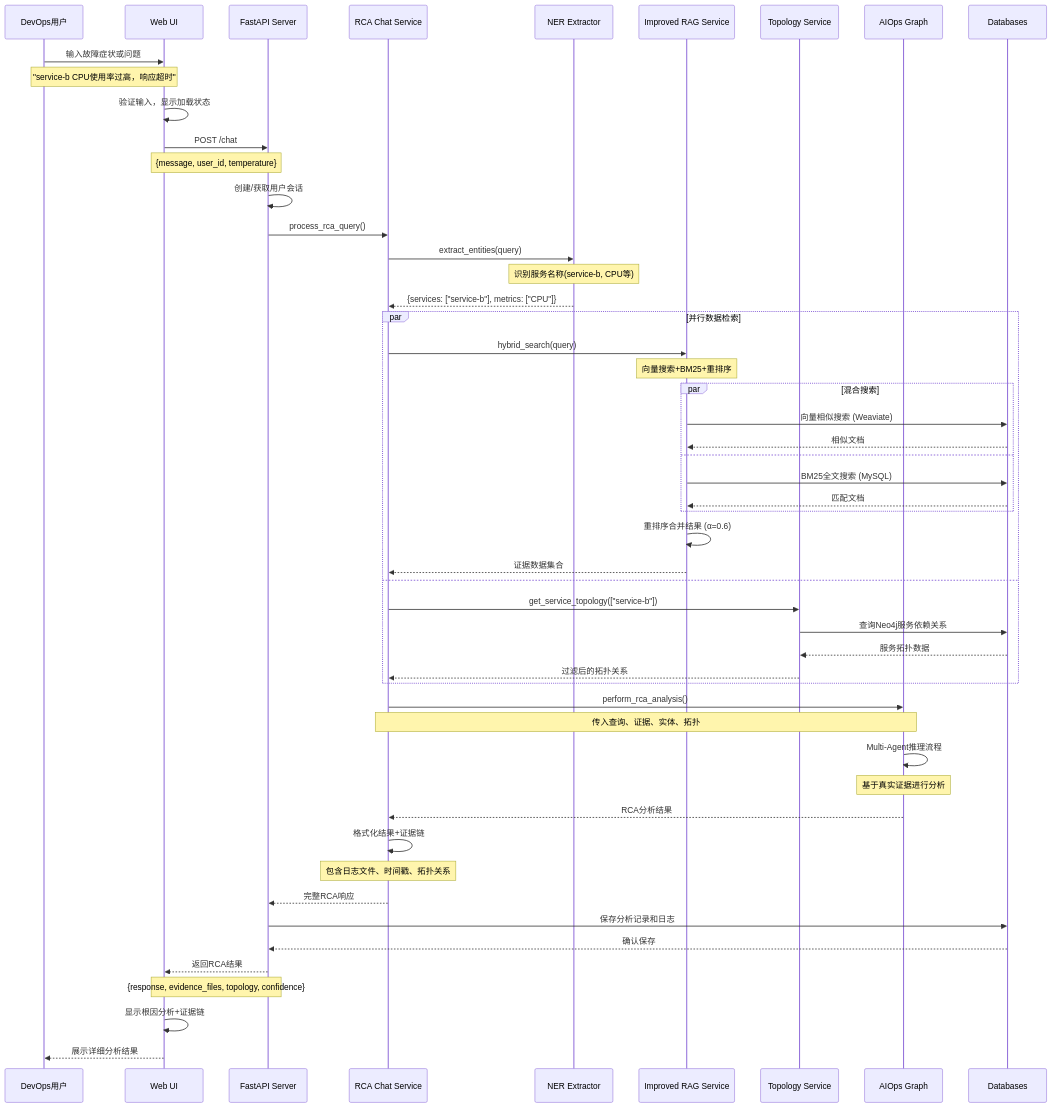
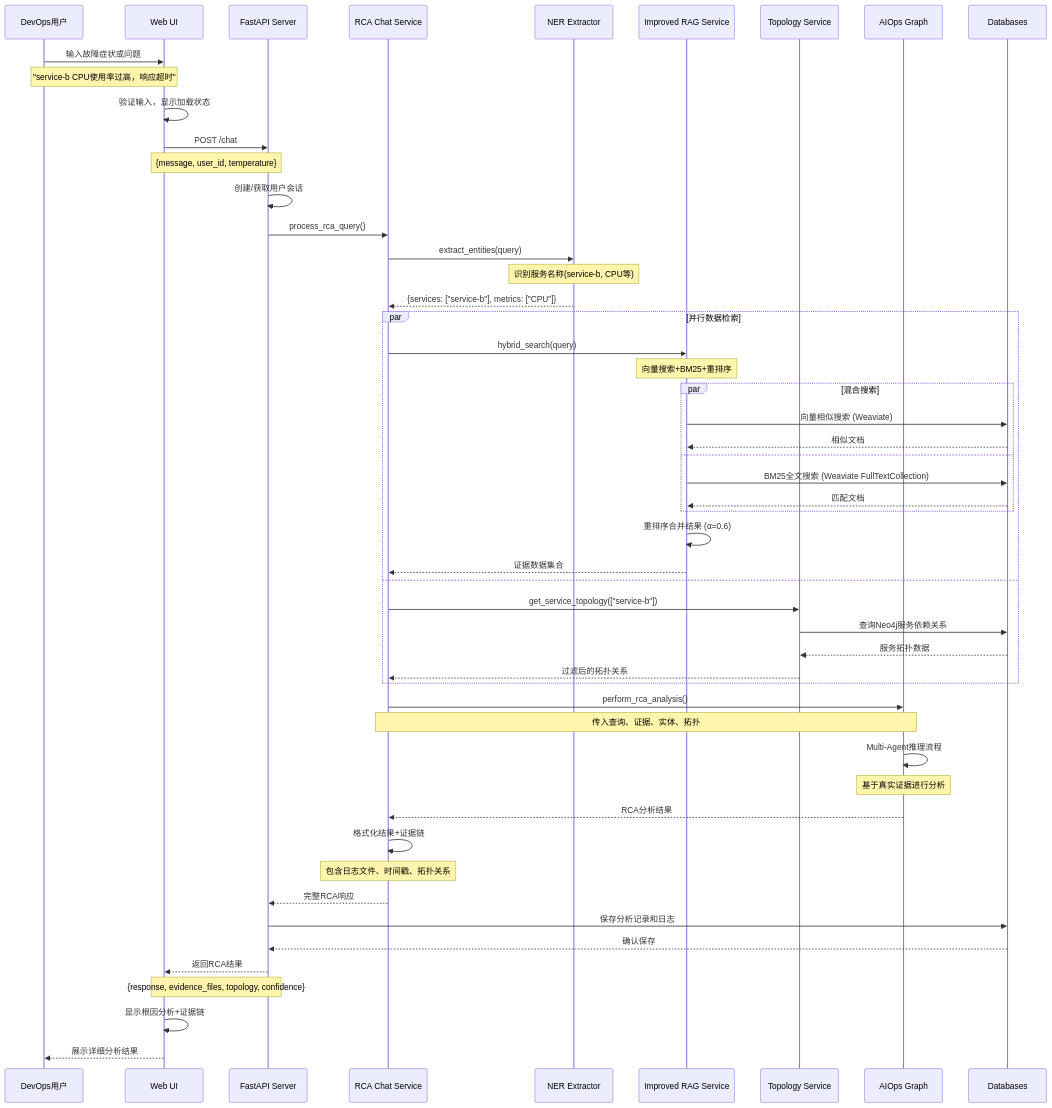
One commit to pkusnail/AIOpsPolaris changed the second of 7 diagrams in docs/system-interaction-flow.md. Above: the diagram before and after it, drawn with Mermaid. The commit also changed other lines of this file and 4 other files, not shown here.

First line of the commit message:
fix(docs): correct Weaviate BM25 implementation and complete Collection schemas

````diff
--- a/docs/system-interaction-flow.md
+++ b/docs/system-interaction-flow.md
@@ -85,65 +85,65 @@
 ```mermaid
 sequenceDiagram
     participant User as DevOps用户
     participant WebUI as Web UI
     participant API as FastAPI Server
     participant RCASvc as RCA Chat Service
     participant NER as NER Extractor
     participant RAG as Improved RAG Service
     participant Topo as Topology Service
     participant Graph as AIOps Graph
     participant DB as Databases
     
     User->>WebUI: 输入故障症状或问题
     Note over User,WebUI: "service-b CPU使用率过高，响应超时"
     WebUI->>WebUI: 验证输入，显示加载状态
     
     WebUI->>API: POST /chat
     Note over WebUI,API: {message, user_id, temperature}
     
     API->>API: 创建/获取用户会话
     API->>RCASvc: process_rca_query()
     
     RCASvc->>NER: extract_entities(query)
     Note over NER: 识别服务名称(service-b, CPU等)
     NER-->>RCASvc: {services: ["service-b"], metrics: ["CPU"]}
     
     par 并行数据检索
         RCASvc->>RAG: hybrid_search(query)
         Note over RAG: 向量搜索+BM25+重排序
         par 混合搜索
             RAG->>DB: 向量相似搜索 (Weaviate)
             DB-->>RAG: 相似文档
         and
-            RAG->>DB: BM25全文搜索 (MySQL)
+            RAG->>DB: BM25全文搜索 (Weaviate FullTextCollection)
             DB-->>RAG: 匹配文档
         end
         RAG->>RAG: 重排序合并结果 (α=0.6)
         RAG-->>RCASvc: 证据数据集合
     and
         RCASvc->>Topo: get_service_topology(["service-b"])
         Topo->>DB: 查询Neo4j服务依赖关系
         DB-->>Topo: 服务拓扑数据
         Topo-->>RCASvc: 过滤后的拓扑关系
     end
     
     RCASvc->>Graph: perform_rca_analysis()
     Note over RCASvc,Graph: 传入查询、证据、实体、拓扑
     
     Graph->>Graph: Multi-Agent推理流程
     Note over Graph: 基于真实证据进行分析
     Graph-->>RCASvc: RCA分析结果
     
     RCASvc->>RCASvc: 格式化结果+证据链
     Note over RCASvc: 包含日志文件、时间戳、拓扑关系
     RCASvc-->>API: 完整RCA响应
     
     API->>DB: 保存分析记录和日志
     DB-->>API: 确认保存
     
     API-->>WebUI: 返回RCA结果
     Note over API,WebUI: {response, evidence_files, topology, confidence}
     
     WebUI->>WebUI: 显示根因分析+证据链
     WebUI-->>User: 展示详细分析结果
 ```
````
